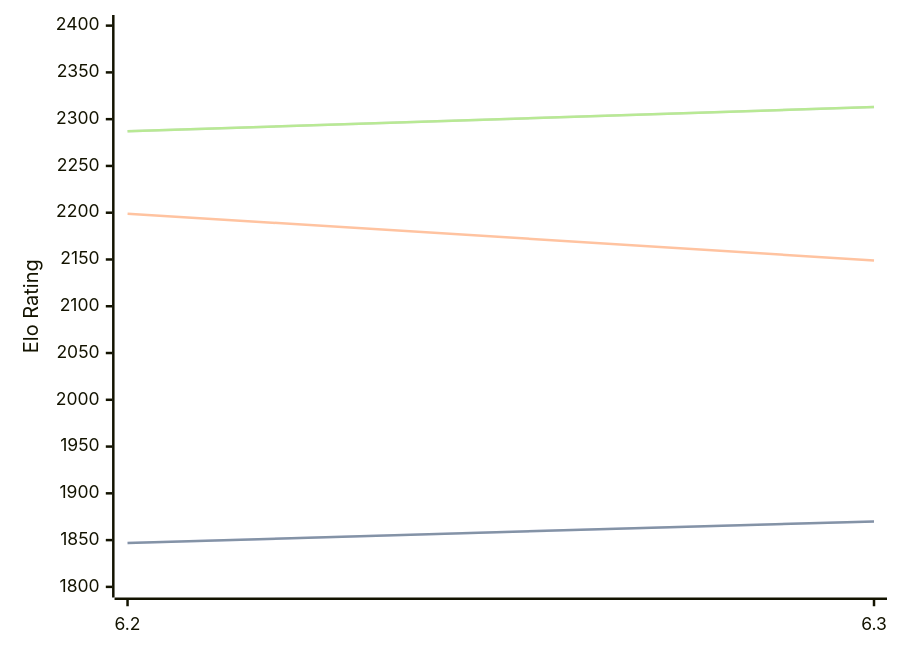
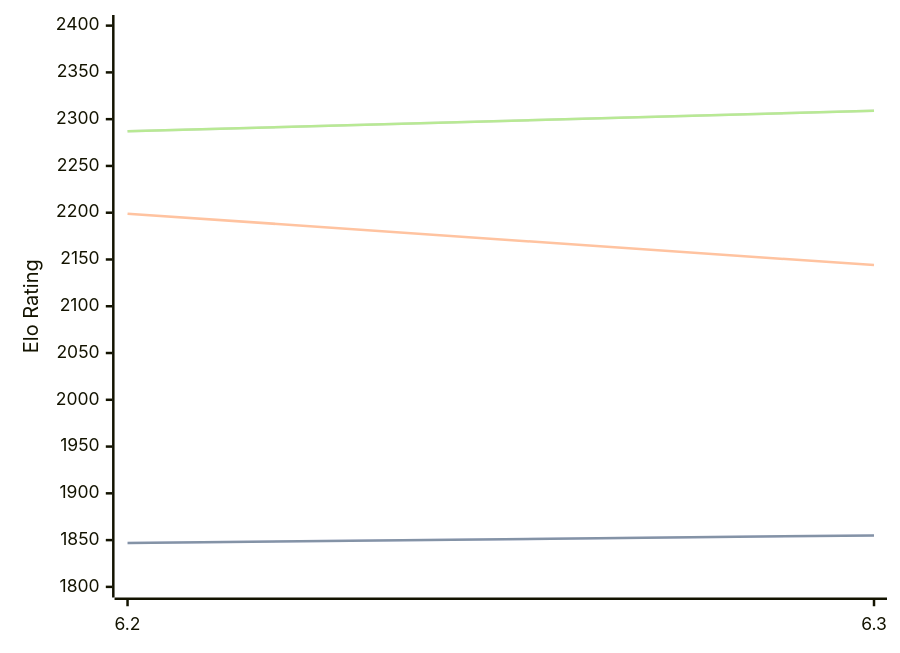
One commit to computer-chess-index/cci changed the first of 3 diagrams in engines/chess4j.md. Above: the diagram before and after it, drawn with Mermaid. The commit also changed other lines of this file, not shown here.

Commit message:
Update CCI Ratings (ELO VLTC) - 2026-06-19

````diff
--- a/engines/chess4j.md
+++ b/engines/chess4j.md
@@ -38,11 +38,11 @@
 ```mermaid
 %%{init: {"theme":"base","themeVariables":{"seriesColors:['#a3a3a3','#222221','#faa371']}}}%%
 xychart-beta
   x-axis ["6.2", "6.3"]
   y-axis "Elo Rating" 1800 --> 2400
-  line "STC (8.0+0.08s)" [1847, 1870]
-  line "STC (8.0+0.08s)" [1847, 1870]
-  line "LTC (60.0+0.60s)" [2199, 2149]
-  line "VLTC (2m24s+1.12s)" [2287, 2313]
-  line "VLTC (2m24s+1.12s)" [2287, 2313]
+  line "STC (8.0+0.08s)" [1847, 1855]
+  line "STC (8.0+0.08s)" [1847, 1855]
+  line "LTC (60.0+0.60s)" [2199, 2144]
+  line "VLTC (2m24s+1.12s)" [2287, 2309]
+  line "VLTC (2m24s+1.12s)" [2287, 2309]
 ```
````
